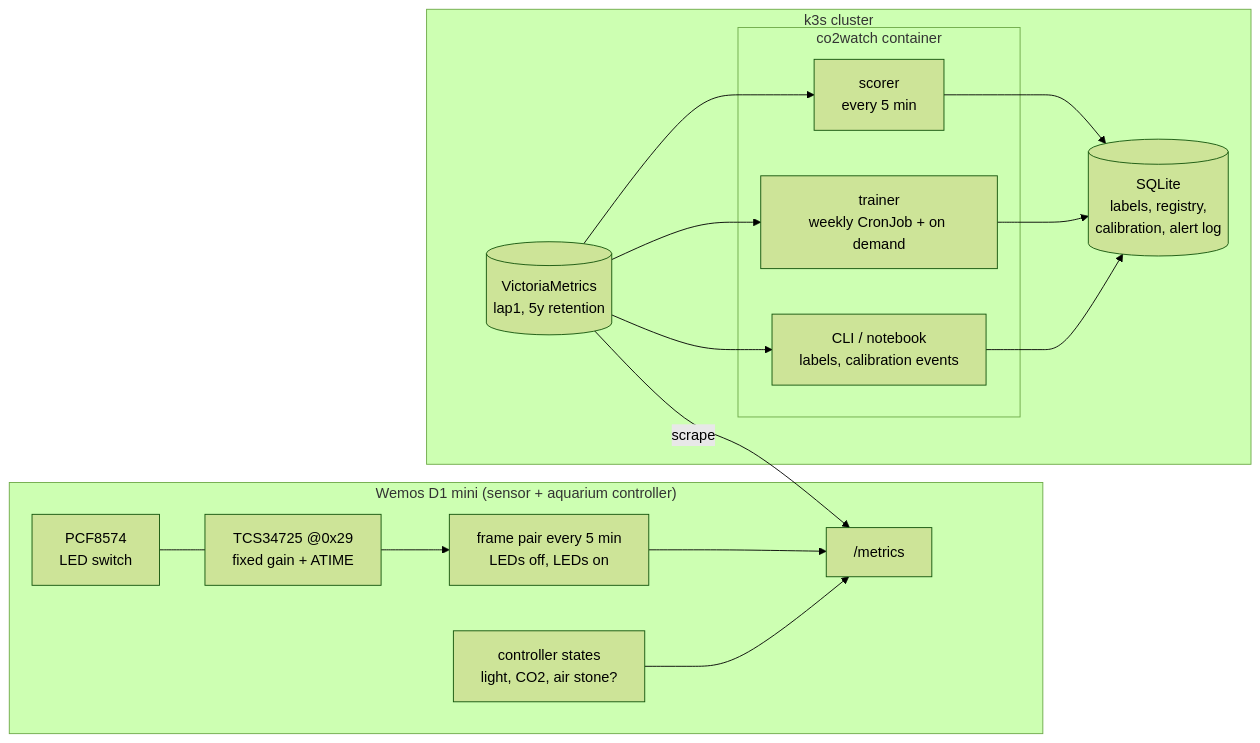
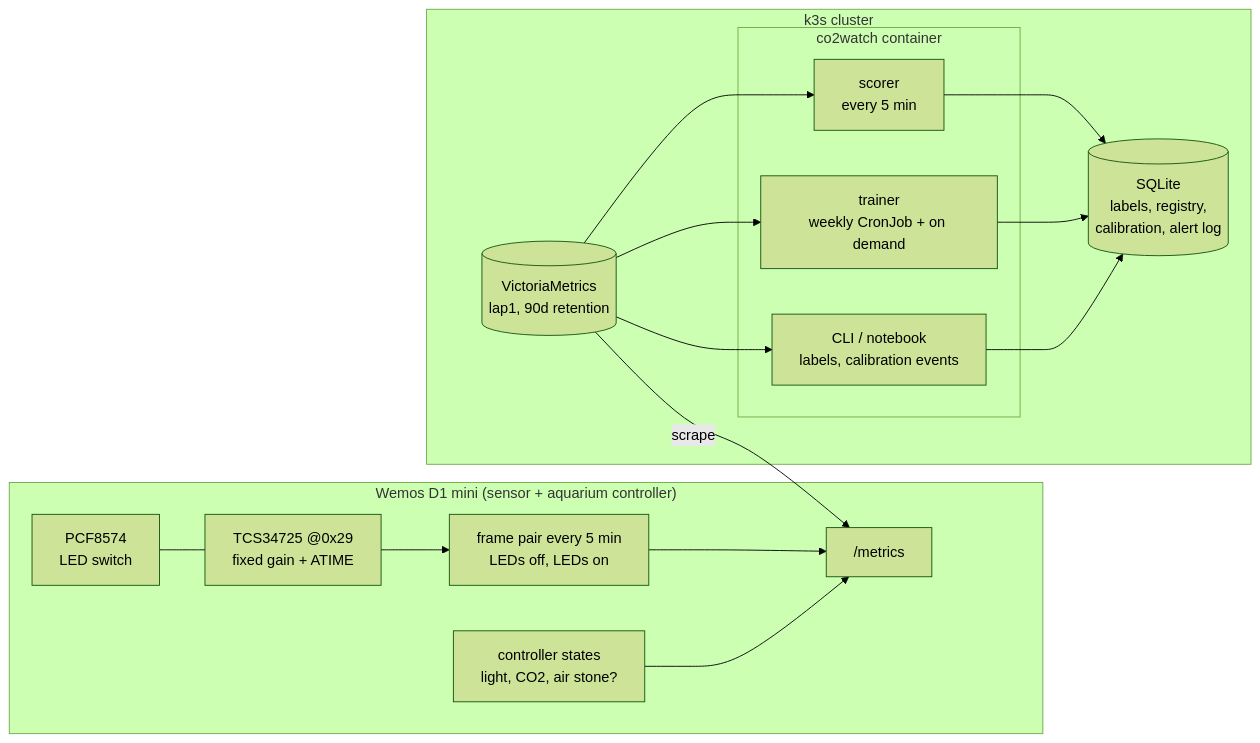
Before and after one commit to Justleen/co2_rgbsensor_reading: the diagram in docs/design.md, drawn with Mermaid (forest theme). The commit also changed other lines of this file and 15 other files, not shown here.

````diff
--- a/docs/design.md
+++ b/docs/design.md
@@ -29,26 +29,26 @@
 ```mermaid
 flowchart LR
   subgraph D1["Wemos D1 mini (sensor + aquarium controller)"]
     PCF[PCF8574<br/>LED switch] --- TCS[TCS34725 @0x29<br/>fixed gain + ATIME]
     TCS --> FR[frame pair every 5 min<br/>LEDs off, LEDs on]
     CTRL[controller states<br/>light, CO2, air stone?]
     FR --> MET["/metrics"]
     CTRL --> MET
   end
 
   subgraph K3S["k3s cluster"]
-    VM[(VictoriaMetrics<br/>lap1, 5y retention)]
+    VM[(VictoriaMetrics<br/>lap1, 90d retention)]
     subgraph ML["co2watch container"]
       SC[scorer<br/>every 5 min]
       TR[trainer<br/>weekly CronJob + on demand]
       CLI[CLI / notebook<br/>labels, calibration events]
     end
     SQL[(SQLite<br/>labels, registry,<br/>calibration, alert log)]
   end
 
   VM -- scrape --> MET
   VM --> SC --> SQL
   VM --> TR --> SQL
   CLI --> SQL
   VM --> CLI
 ```
````
